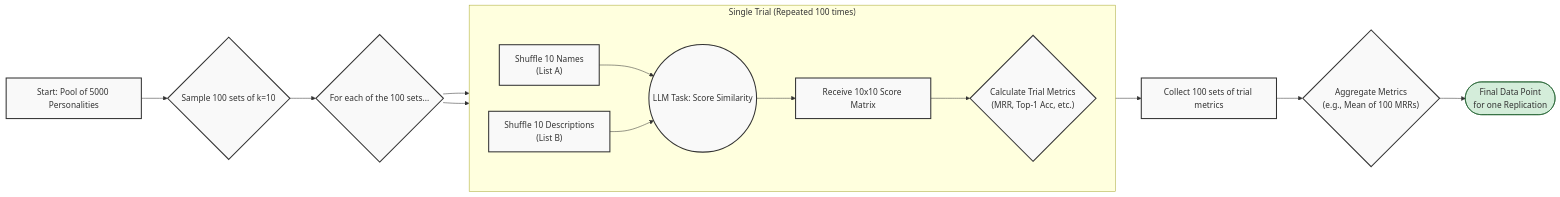
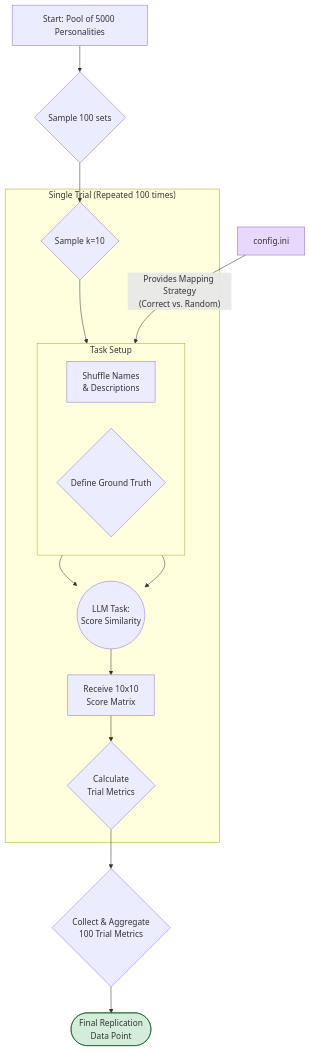
One commit to peterjmarko/llm-narrative-framework changed the diagram in docs/diagrams/architecture_experimental_logic.mmd. Above: the diagram before and after it, drawn with Mermaid. The commit also changed 22 other files, not shown here.

```diff
--- a/docs/diagrams/architecture_experimental_logic.mmd
+++ b/docs/diagrams/architecture_experimental_logic.mmd
@@ -1,27 +1,41 @@
-graph LR
-    A[Start: Pool of 5000 Personalities] --> B{Sample 100 sets of k=10};
+graph TD
+    %% 1. Define All Nodes
+    A["Start: Pool of 5000 Personalities"]
+    B{"Sample 100 sets"}
+    C{"Sample k=10"}
+    D["Shuffle Names<br/>& Descriptions"]
+    Input[config.ini]:::input
+    M{"Define Ground Truth"}
+    F(("LLM Task:<br/>Score Similarity"))
+    G["Receive 10x10<br/>Score Matrix"]
+    H{"Calculate<br/>Trial Metrics"}
+    I{"Collect & Aggregate<br/>100 Trial Metrics"}
+    K(["Final Replication<br/>Data Point"]):::final
+
+    %% 2. Define All Connections
+    A --> B --> C
+    C --> D
     
-    B --> C{For each of the 100 sets...};
+    %% This is the corrected detail, as per your instruction
+    Input -- "Provides Mapping Strategy<br/>(Correct vs. Random)" --> M
     
+    D & M --> F
+    F --> G --> H
+    H --> I --> K
+    
+    %% 3. Group Nodes into Subgraphs using their IDs
     subgraph "Single Trial (Repeated 100 times)"
-        direction LR
-        D["Shuffle 10 Names<br/>(List A)"];
-        E["Shuffle 10 Descriptions<br/>(List B)"];
-        F((LLM Task: Score Similarity));
-        G[Receive 10x10 Score Matrix];
-        H{"Calculate Trial Metrics<br/>(MRR, Top-1 Acc, etc.)"};
-        D & E --> F;
-        F --> G;
-        G --> H;
+        C
+        F
+        G
+        H
+        subgraph "Task Setup"
+            direction LR
+            D
+            M
+        end
     end
 
-    C --> D;
-    C --> E;
-    H --> I[Collect 100 sets of trial metrics];
-    I --> J{"Aggregate Metrics<br/>(e.g., Mean of 100 MRRs)"};
-    J --> K(["Final Data Point<br/>for one Replication"]);
-
-    classDef step fill:#f9f9f9,stroke:#333,stroke-width:2px;
+    %% 4. Styling
     classDef final fill:#d4edda,stroke:#155724;
-    class A,B,C,D,E,F,G,H,I,J step;
-    class K final;
+    classDef input fill:#e9d8fd,stroke:#9467bd;
```
